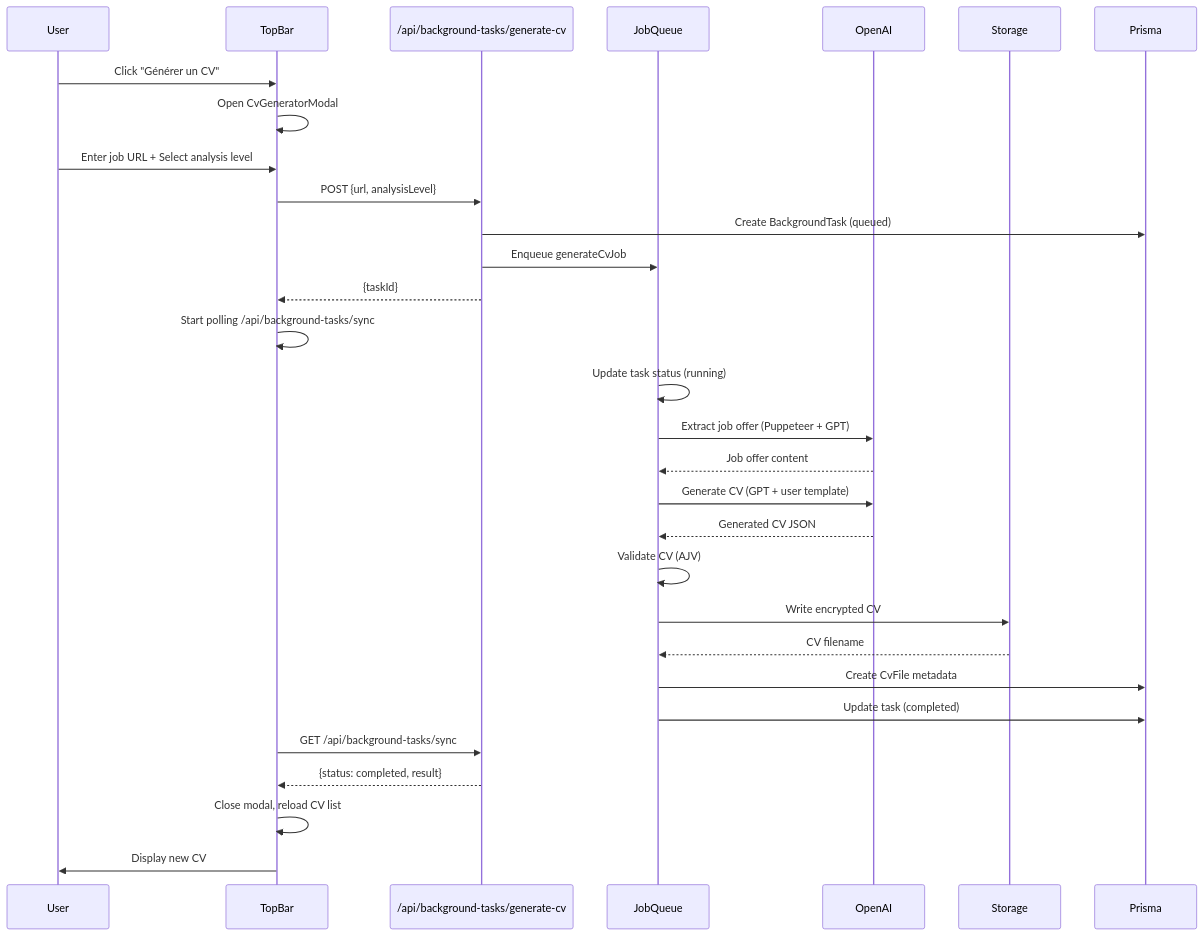
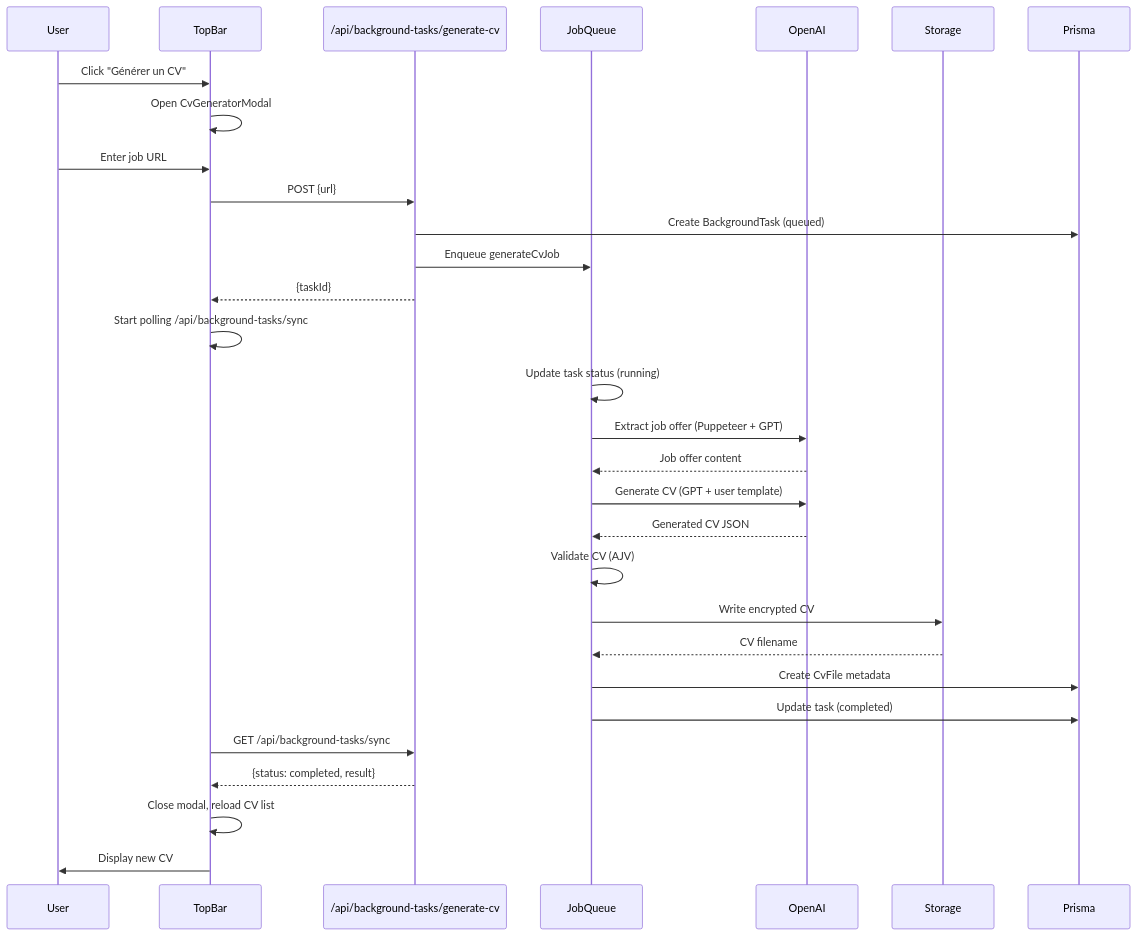
Before and after one commit to CodeGlyphFR/FitMyCV: the first of 6 diagrams in docs/ARCHITECTURE.md, drawn with Mermaid. The commit also changed 38 other files, not shown here.

````diff
--- a/docs/ARCHITECTURE.md
+++ b/docs/ARCHITECTURE.md
@@ -328,35 +328,35 @@
 ```mermaid
 sequenceDiagram
     participant User
     participant TopBar
     participant API as /api/background-tasks/generate-cv
     participant JobQueue
     participant OpenAI
     participant Storage
     participant DB as Prisma
 
     User->>TopBar: Click "Générer un CV"
     TopBar->>TopBar: Open CvGeneratorModal
-    User->>TopBar: Enter job URL + Select analysis level
-    TopBar->>API: POST {url, analysisLevel}
+    User->>TopBar: Enter job URL
+    TopBar->>API: POST {url}
     API->>DB: Create BackgroundTask (queued)
     API->>JobQueue: Enqueue generateCvJob
     API-->>TopBar: {taskId}
     TopBar->>TopBar: Start polling /api/background-tasks/sync
 
     JobQueue->>JobQueue: Update task status (running)
     JobQueue->>OpenAI: Extract job offer (Puppeteer + GPT)
     OpenAI-->>JobQueue: Job offer content
     JobQueue->>OpenAI: Generate CV (GPT + user template)
     OpenAI-->>JobQueue: Generated CV JSON
     JobQueue->>JobQueue: Validate CV (AJV)
     JobQueue->>Storage: Write encrypted CV
     Storage-->>JobQueue: CV filename
     JobQueue->>DB: Create CvFile metadata
     JobQueue->>DB: Update task (completed)
 
     TopBar->>API: GET /api/background-tasks/sync
     API-->>TopBar: {status: completed, result}
     TopBar->>TopBar: Close modal, reload CV list
     TopBar->>User: Display new CV
 ```
````
